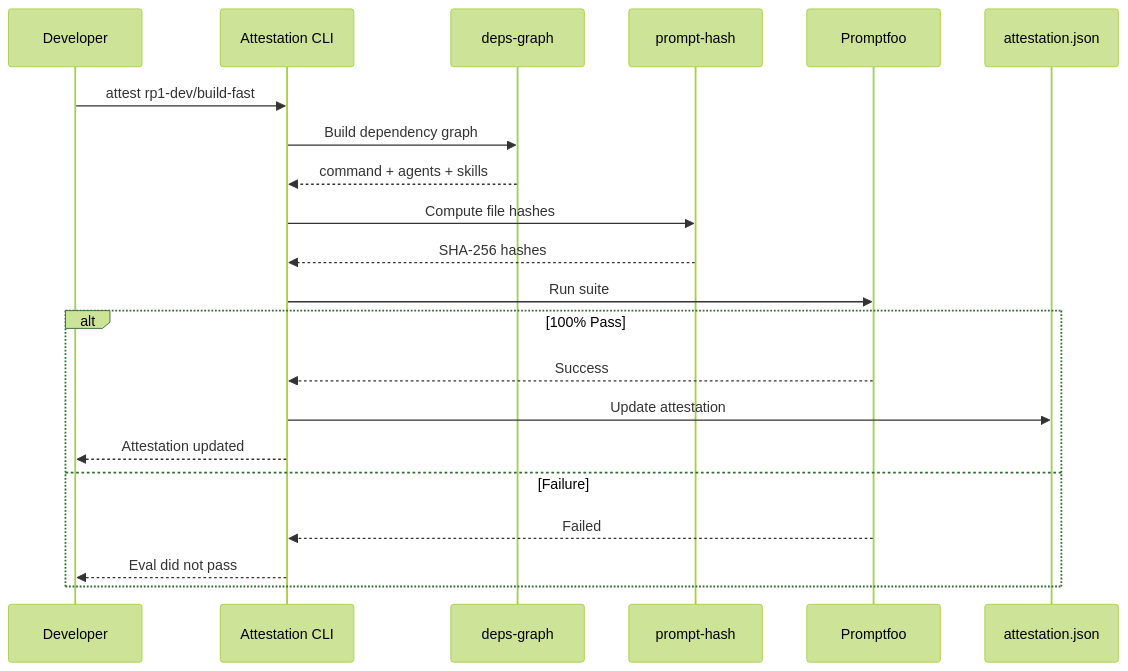
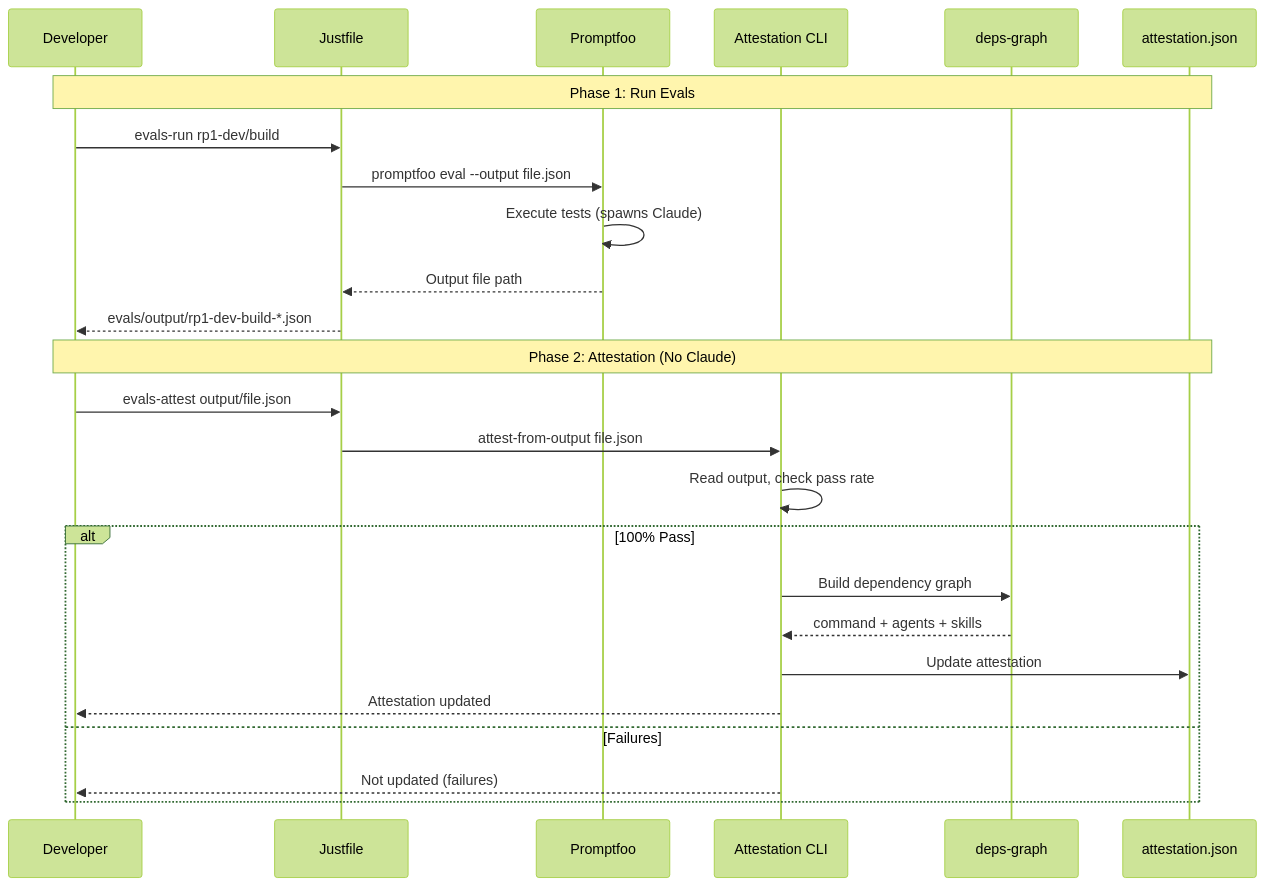
One commit to rp1-run/rp1 changed the sixth of 6 diagrams in .rp1/context/architecture.md. Above: the diagram before and after it, drawn with Mermaid (forest theme). The commit also changed other lines of this file and 4 other files, not shown here.

````diff
--- a/.rp1/context/architecture.md
+++ b/.rp1/context/architecture.md
@@ -251,24 +255,29 @@
 ```mermaid
 sequenceDiagram
     participant Dev as Developer
+    participant Just as Justfile
+    participant PF as Promptfoo
     participant CLI as Attestation CLI
     participant Graph as deps-graph
-    participant Hash as prompt-hash
-    participant Eval as Promptfoo
     participant Manifest as attestation.json
 
-    Dev->>CLI: attest rp1-dev/build-fast
-    CLI->>Graph: Build dependency graph
-    Graph-->>CLI: command + agents + skills
-    CLI->>Hash: Compute file hashes
-    Hash-->>CLI: SHA-256 hashes
-    CLI->>Eval: Run suite
+    Note over Dev,Manifest: Phase 1: Run Evals
+    Dev->>Just: evals-run rp1-dev/build
+    Just->>PF: promptfoo eval --output file.json
+    PF->>PF: Execute tests (spawns Claude)
+    PF-->>Just: Output file path
+    Just-->>Dev: evals/output/rp1-dev-build-*.json
+
+    Note over Dev,Manifest: Phase 2: Attestation (No Claude)
+    Dev->>Just: evals-attest output/file.json
+    Just->>CLI: attest-from-output file.json
+    CLI->>CLI: Read output, check pass rate
     alt 100% Pass
-        Eval-->>CLI: Success
+        CLI->>Graph: Build dependency graph
+        Graph-->>CLI: command + agents + skills
         CLI->>Manifest: Update attestation
         CLI-->>Dev: Attestation updated
-    else Failure
-        Eval-->>CLI: Failed
-        CLI-->>Dev: Eval did not pass
+    else Failures
+        CLI-->>Dev: Not updated (failures)
     end
 ```
````
